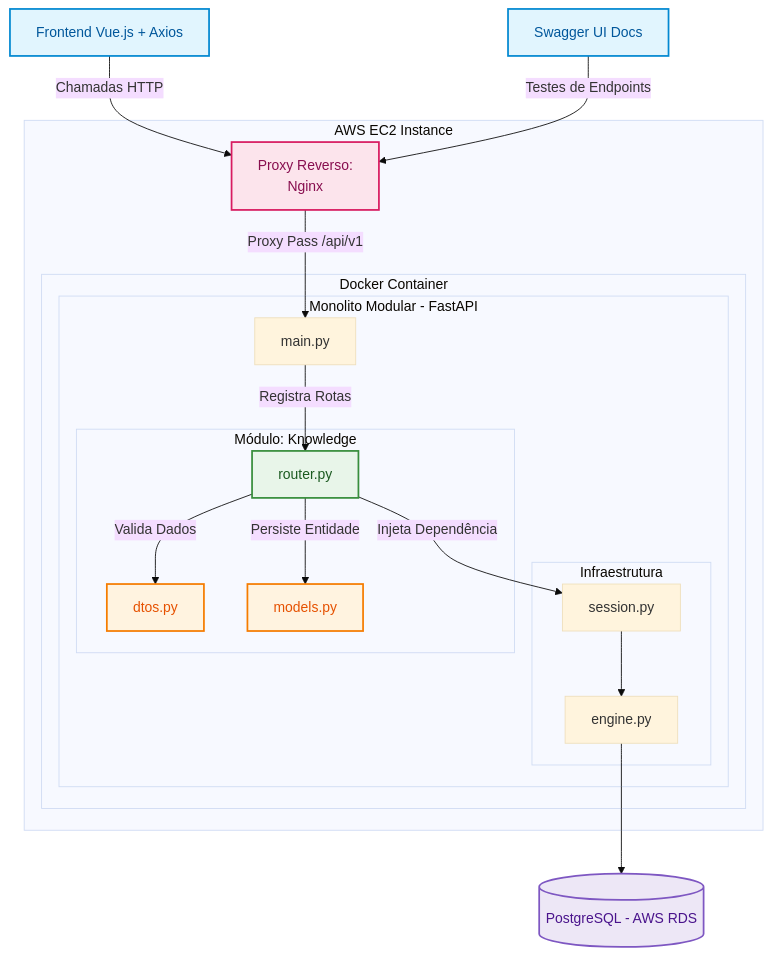
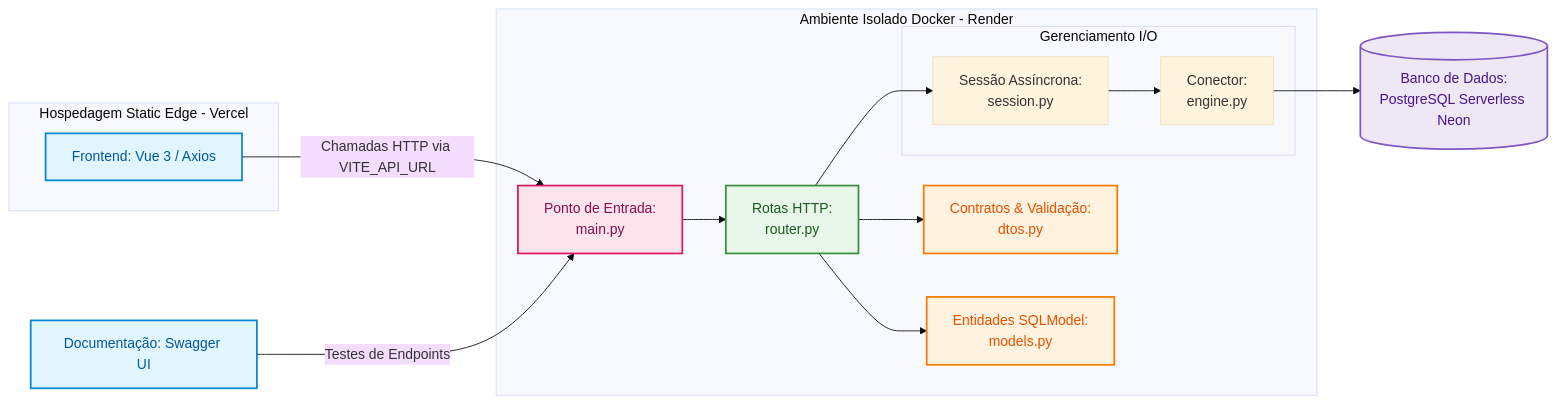
One commit to rubensrabelo/MemoHub changed the second of 2 diagrams in README.md. Above: the diagram before and after it, drawn with Mermaid (base theme). The commit also changed other lines of this file, not shown here.

Commit message:
docs(root): synchronize architecture schema to reflect new terraform structure and incorporate local docker-compose execution guide

````diff
--- a/README.md
+++ b/README.md
@@ -63,44 +103,38 @@
 ```mermaid
-graph TD
+graph LR
     classDef client fill:#e1f5fe,stroke:#0288d1,stroke-width:2px,color:#01579b;
     classDef router fill:#e8f5e9,stroke:#388e3c,stroke-width:2px,color:#1b5a20;
     classDef domain fill:#fff3e0,stroke:#f57c00,stroke-width:2px,color:#e65100;
     classDef db fill:#ede7f6,stroke:#7e57c2,stroke-width:2px,color:#4a148c;
     classDef proxy fill:#fce4ec,stroke:#d81b60,stroke-width:2px,color:#880e4f;
 
-    Frontend[Frontend Vue.js + Axios]:::client
-    Swagger[Swagger UI Docs]:::client
+    Frontend[Frontend: Vue 3 / Axios]:::client
+    Swagger[Documentação: Swagger UI]:::client
 
-    subgraph AWS_EC2 [AWS EC2 Instance]
-        Nginx[Proxy Reverso:<br/>Nginx]:::proxy
+    subgraph Vercel_Platform [Hospedagem Static Edge - Vercel]
+        Frontend
+    end
 
-        subgraph Docker_Container [Docker Container]
-            subgraph Backend_FastAPI [Monolito Modular - FastAPI]
-                Main[main.py]
-                
-                subgraph Infra_DB [Infraestrutura]
-                    Engine[engine.py]
-                    Session[session.py]
-                end
-
-                subgraph Module_Knowledge [Módulo: Knowledge]
-                    Router[router.py]:::router
-                    DTOs[dtos.py]:::domain
-                    Models[models.py]:::domain
-                end
-            end
+    subgraph Render_Cloud [Ambiente Isolado Docker - Render]
+        Main[Ponto de Entrada:<br/>main.py]:::proxy
+        Router[Rotas HTTP:<br/>router.py]:::router
+        DTOs[Contratos & Validação:<br/>dtos.py]:::domain
+        Models[Entidades SQLModel:<br/>models.py]:::domain
+        
+        subgraph Infra_DB [Gerenciamento I/O]
+            Engine[Conector:<br/>engine.py]
+            Session[Sessão Assíncrona:<br/>session.py]
         end
     end
 
-    Postgres[(PostgreSQL - AWS RDS)]:::db
+    Postgres[(Banco de Dados:<br/>PostgreSQL Serverless Neon)]:::db
 
-    Frontend -->|Chamadas HTTP| Nginx
-    Swagger -->|Testes de Endpoints| Nginx
-    Nginx -->|Proxy Pass /api/v1| Main
-    Main -->|Registra Rotas| Router
-    Router -->|Injeta Dependência| Session
-    Router -->|Valida Dados| DTOs
-    Router -->|Persiste Entidade| Models
+    Frontend -->|Chamadas HTTP via VITE_API_URL| Main
+    Swagger -->|Testes de Endpoints| Main
+    Main --> Router
+    Router --> DTOs
+    Router --> Session
     Session --> Engine
     Engine --> Postgres
+    Router --> Models
 ```
````
